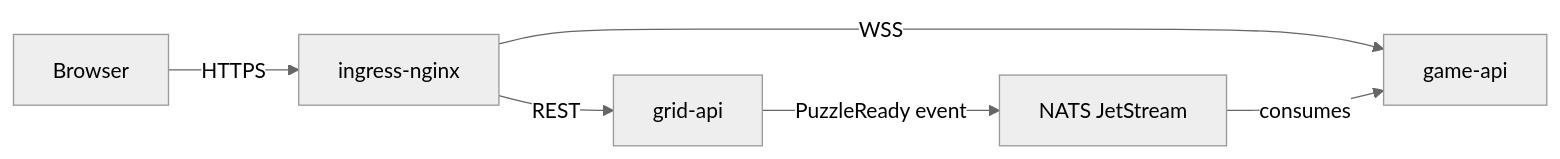
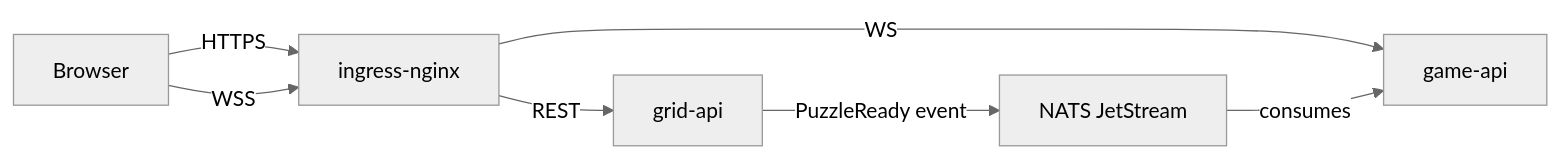
One commit to Ishou/wordsparrow changed the third of 5 diagrams in README.md. Above: the diagram before and after it, drawn with Mermaid (neutral theme). The commit also changed 1 other file, not shown here.

Commit message:
fix(infra-diagrams): originate both HTTPS and WSS from the browser in flow diagram

````diff
--- a/README.md
+++ b/README.md
@@ -119,13 +119,14 @@
 ```mermaid
 flowchart LR
   browser["Browser"]
   ingress["ingress-nginx"]
   grid["grid-api"]
   game["game-api"]
   nats["NATS JetStream"]
   browser -->|HTTPS| ingress
+  browser -->|WSS| ingress
   ingress -->|REST| grid
-  ingress -->|WSS| game
+  ingress -->|WS| game
   grid -->|PuzzleReady event| nats
   nats -->|consumes| game
 ```
````
